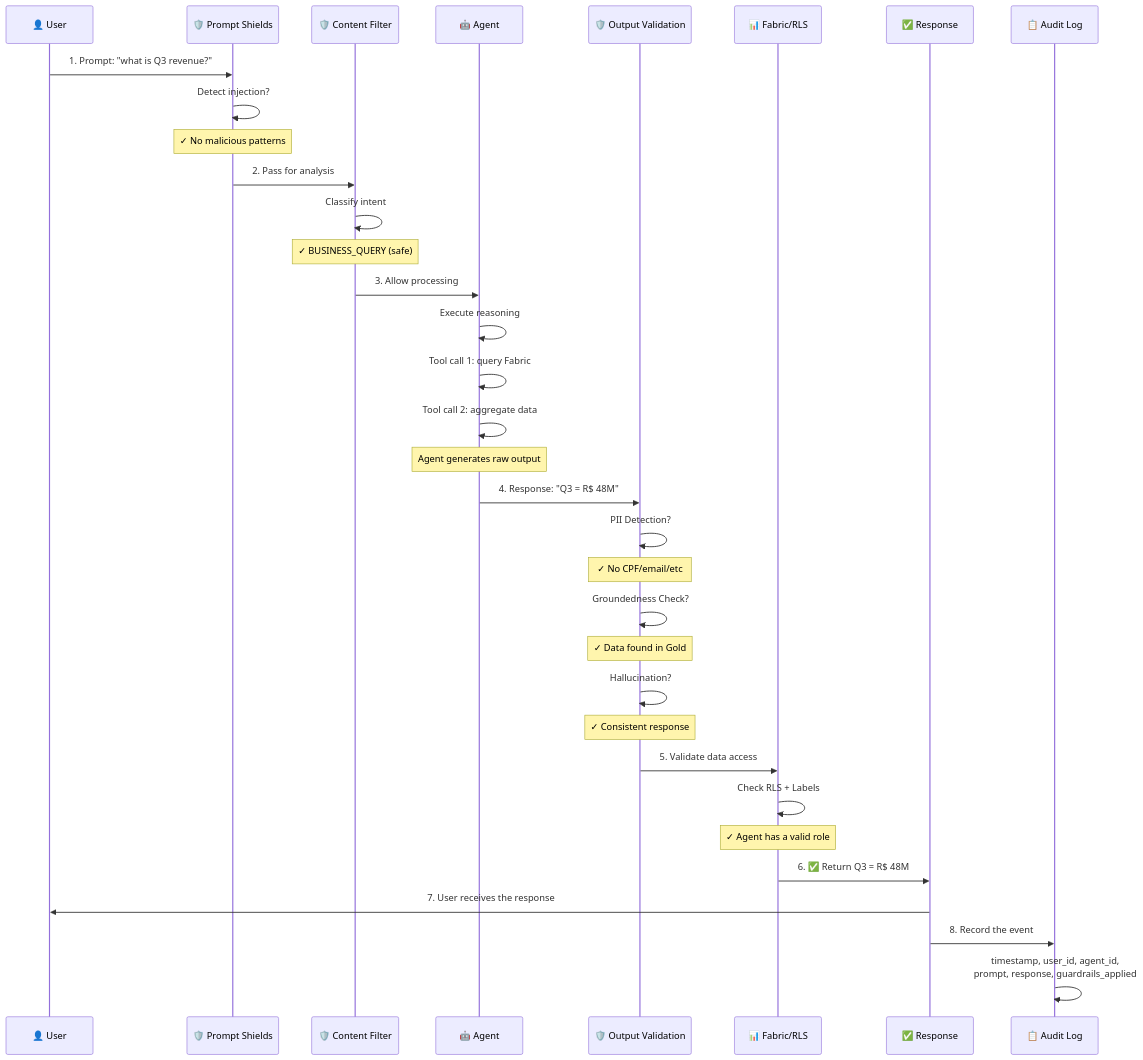
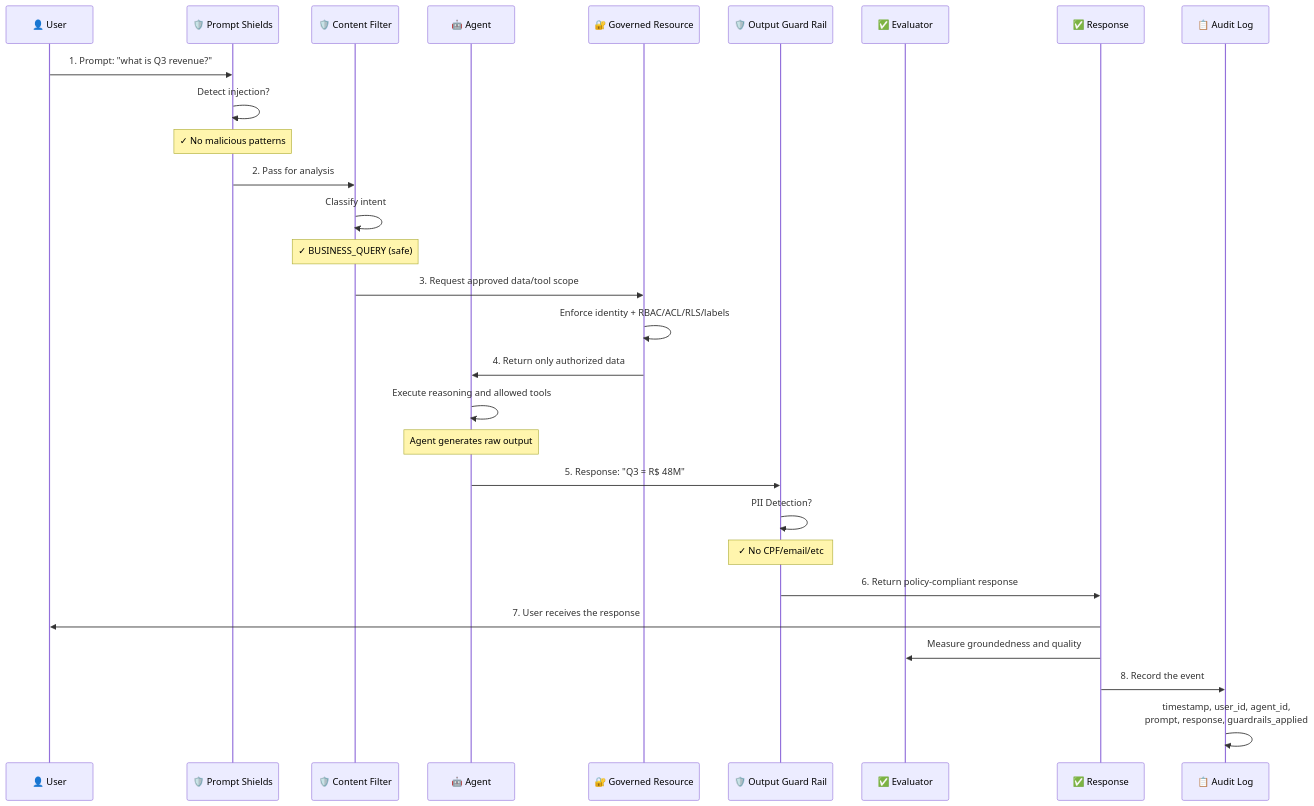
One commit to fabioharams/hubsp-ai-skill changed the second of 13 diagrams in references/04-governance-guard-rails-evaluators-hitl.md. Above: the diagram before and after it, drawn with Mermaid. The commit also changed other lines of this file and 31 other files, not shown here.

Commit message:
validate current content

````diff
--- a/references/04-governance-guard-rails-evaluators-hitl.md
+++ b/references/04-governance-guard-rails-evaluators-hitl.md
@@ -132,43 +134,35 @@
 ```mermaid
 sequenceDiagram
     participant User as 👤 User
     participant Prompt as 🛡️ Prompt Shields
     participant Content as 🛡️ Content Filter
     participant Agent as 🤖 Agent
-    participant Output as 🛡️ Output Validation
-    participant Fabric as 📊 Fabric/RLS
+    participant Resource as 🔐 Governed Resource
+    participant Output as 🛡️ Output Guard Rail
+    participant Eval as ✅ Evaluator
     participant Response as ✅ Response
     participant Log as 📋 Audit Log
     
     User->>Prompt: 1. Prompt: "what is Q3 revenue?"
     Prompt->>Prompt: Detect injection?
     Note over Prompt: ✓ No malicious patterns
     Prompt->>Content: 2. Pass for analysis
     
     Content->>Content: Classify intent
     Note over Content: ✓ BUSINESS_QUERY (safe)
-    Content->>Agent: 3. Allow processing
-    
-    Agent->>Agent: Execute reasoning
-    Agent->>Agent: Tool call 1: query Fabric
-    Agent->>Agent: Tool call 2: aggregate data
+    Content->>Resource: 3. Request approved data/tool scope
+    Resource->>Resource: Enforce identity + RBAC/ACL/RLS/labels
+    Resource->>Agent: 4. Return only authorized data
+    Agent->>Agent: Execute reasoning and allowed tools
     Note over Agent: Agent generates raw output
-    Agent->>Output: 4. Response: "Q3 = R$ 48M"
+    Agent->>Output: 5. Response: "Q3 = R$ 48M"
     
     Output->>Output: PII Detection?
     Note over Output: ✓ No CPF/email/etc
-    Output->>Output: Groundedness Check?
-    Note over Output: ✓ Data found in Gold
-    Output->>Output: Hallucination?
-    Note over Output: ✓ Consistent response
-    Output->>Fabric: 5. Validate data access
-    
-    Fabric->>Fabric: Check RLS + Labels
-    Note over Fabric: ✓ Agent has a valid role
-    Fabric->>Response: 6. ✅ Return Q3 = R$ 48M
-    
+    Output->>Response: 6. Return policy-compliant response
     Response->>User: 7. User receives the response
+    Response->>Eval: Measure groundedness and quality
     
     Response->>Log: 8. Record the event
     Log->>Log: timestamp, user_id, agent_id,<br/>prompt, response, guardrails_applied
 ```
````
